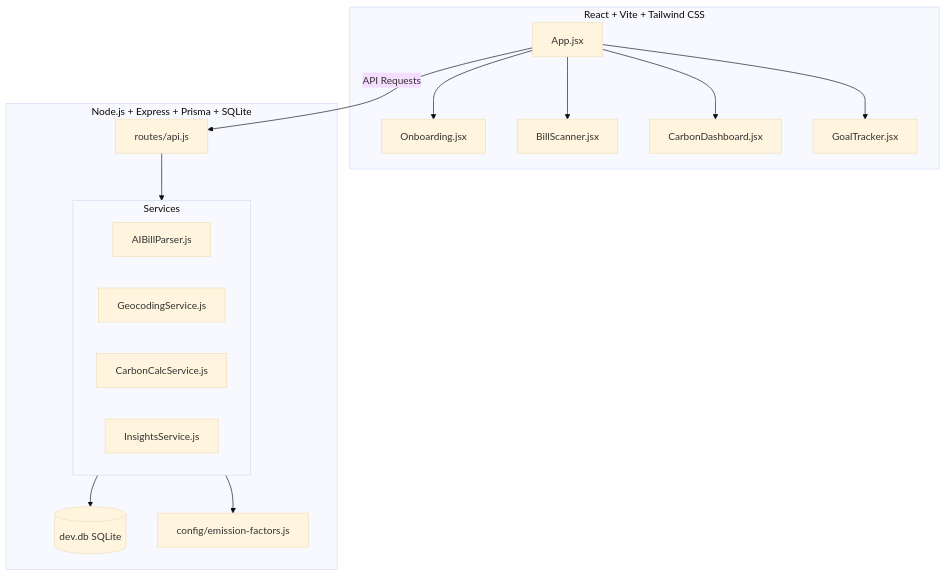
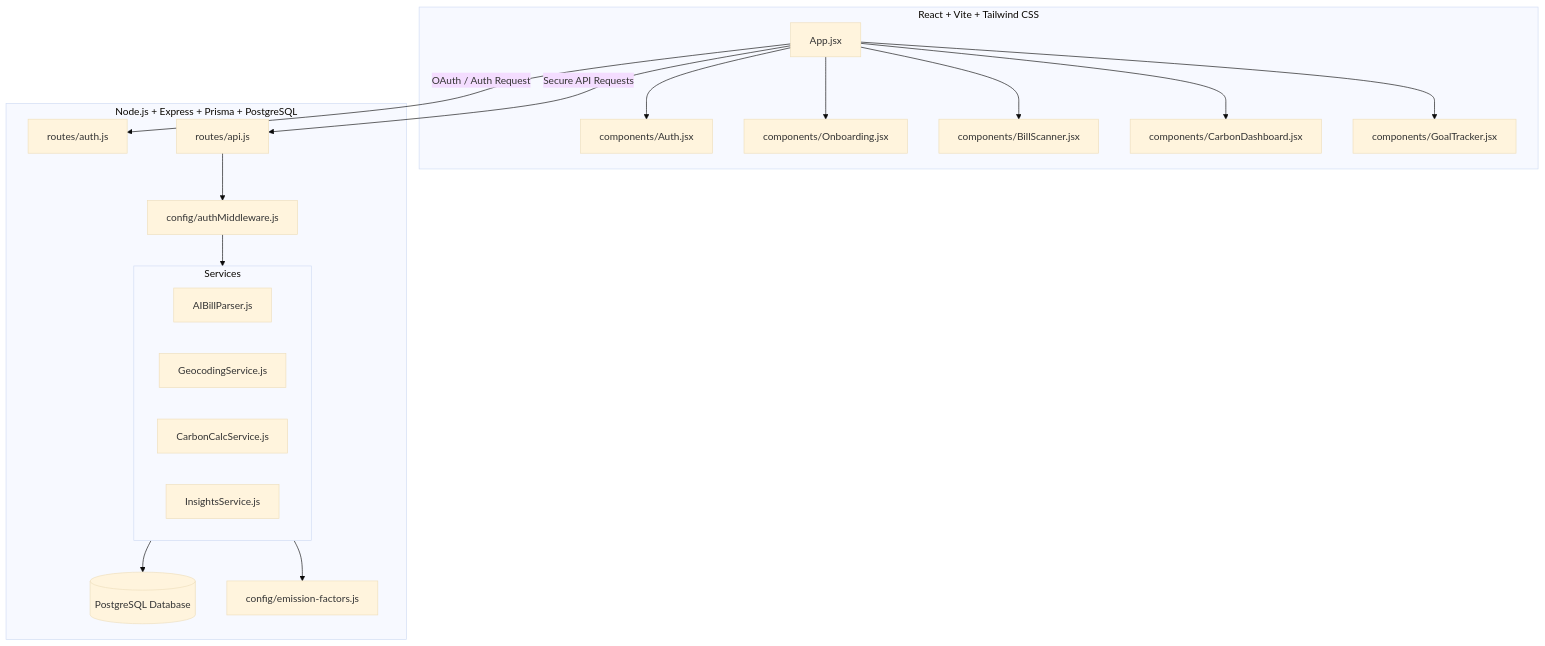
One commit to bunnybot1121/carbonfoot changed the diagram in README.md. Above: the diagram before and after it, drawn with Mermaid (base theme). The commit also changed other lines of this file and 1 other file, not shown here.

````diff
--- a/README.md
+++ b/README.md
@@ -23,28 +24,33 @@
 ```mermaid
 graph TD
     subgraph Client [React + Vite + Tailwind CSS]
-        UI[App.jsx] --> Onboard[Onboarding.jsx]
-        UI --> Scanner[BillScanner.jsx]
-        UI --> Dash[CarbonDashboard.jsx]
-        UI --> Goals[GoalTracker.jsx]
+        UI[App.jsx] --> Auth[components/Auth.jsx]
+        UI --> Onboard[components/Onboarding.jsx]
+        UI --> Scanner[components/BillScanner.jsx]
+        UI --> Dash[components/CarbonDashboard.jsx]
+        UI --> Goals[components/GoalTracker.jsx]
     end
 
-    subgraph Server [Node.js + Express + Prisma + SQLite]
-        Router[routes/api.js]
+    subgraph Server [Node.js + Express + Prisma + PostgreSQL]
+        AuthRouter[routes/auth.js]
+        APIRouter[routes/api.js]
+        Middleware[config/authMiddleware.js]
         
         subgraph Services
             Parser[AIBillParser.js]
             Geo[GeocodingService.js]
             Calc[CarbonCalcService.js]
             Insights[InsightsService.js]
         end
         
-        DB[(dev.db SQLite)]
+        DB[(PostgreSQL Database)]
         Config[config/emission-factors.js]
     end
 
-    UI -- API Requests --> Router
-    Router --> Services
+    UI -- OAuth / Auth Request --> AuthRouter
+    UI -- Secure API Requests --> APIRouter
+    APIRouter --> Middleware
+    Middleware --> Services
     Services --> DB
     Services --> Config
 ```
````
